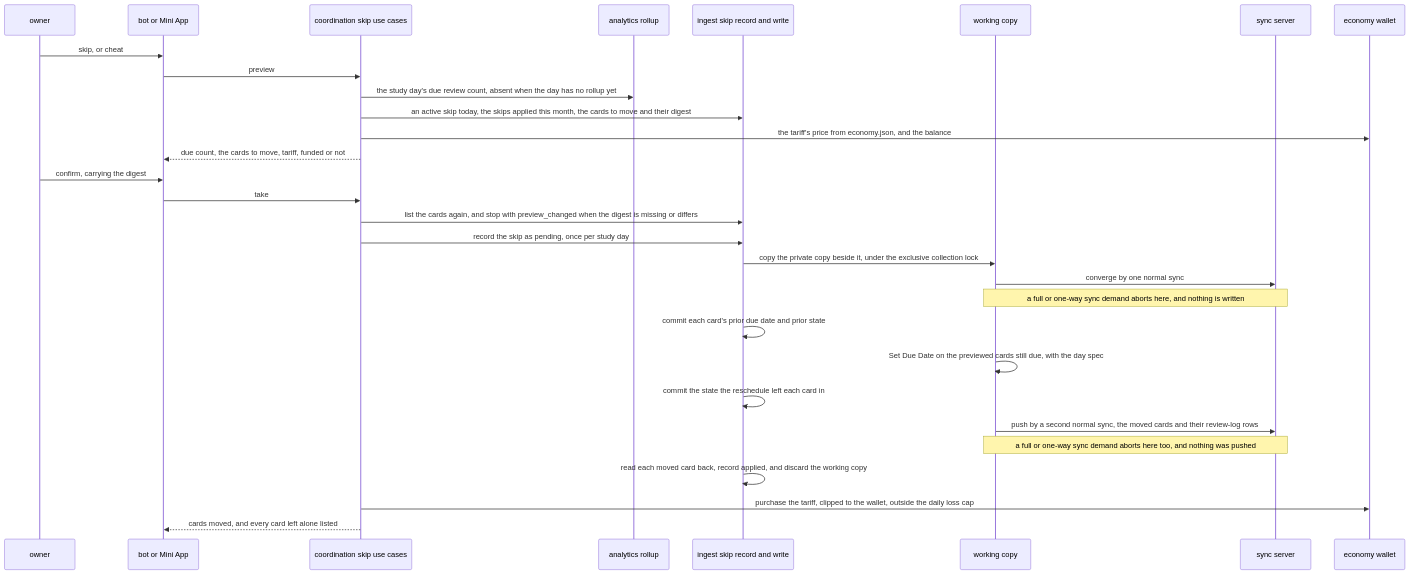
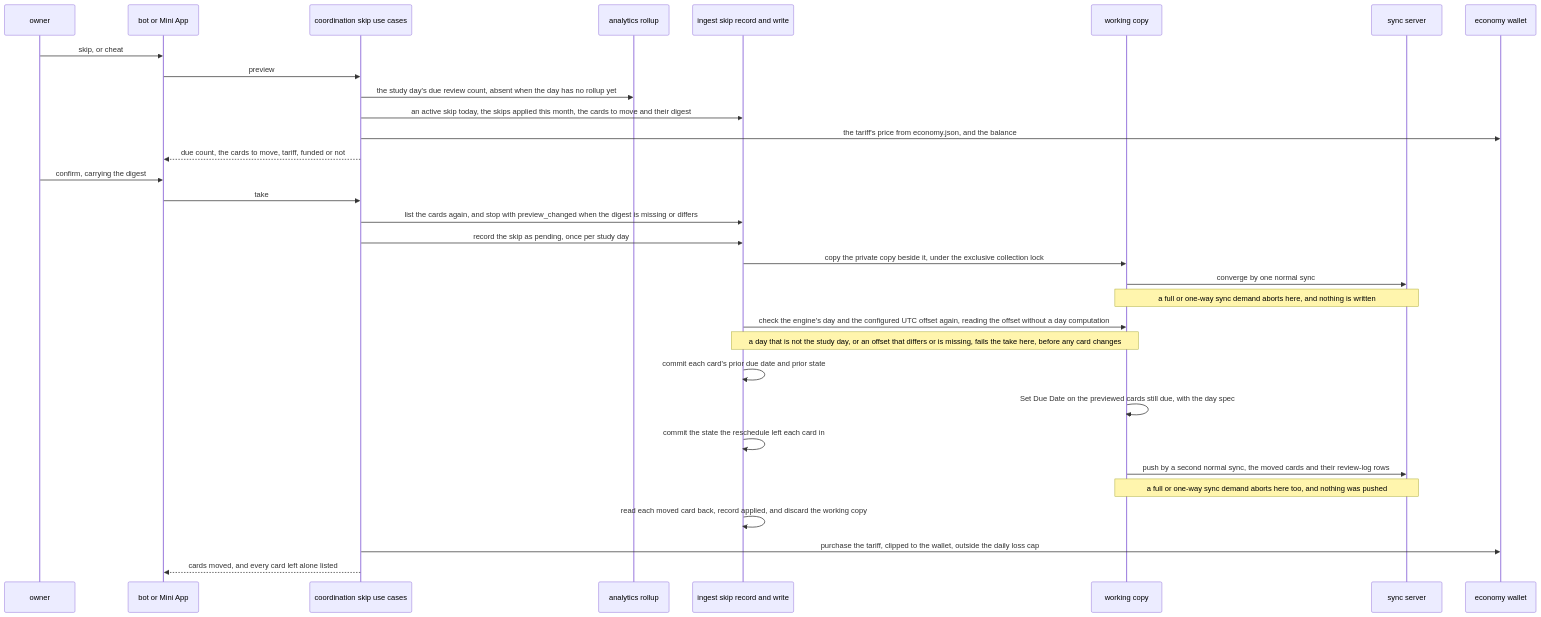
The first of 4 diagrams in docs/schematics/skip-day-record-and-effects.md (RexRenatus/deck-streak), drawn with Mermaid before and after one commit. The commit also changed other lines of this file, not shown here.

Commit message:
docs(schematic): show the undo's checks, pending refusal and read-back

````diff
--- a/docs/schematics/skip-day-record-and-effects.md
+++ b/docs/schematics/skip-day-record-and-effects.md
@@ -17,32 +17,34 @@
 ```mermaid
 sequenceDiagram
   participant O as owner
   participant S as bot or Mini App
   participant C as coordination skip use cases
   participant A as analytics rollup
   participant I as ingest skip record and write
   participant W as working copy
   participant V as sync server
   participant E as economy wallet
   O->>S: skip, or cheat
   S->>C: preview
   C->>A: the study day's due review count, absent when the day has no rollup yet
   C->>I: an active skip today, the skips applied this month, the cards to move and their digest
   C->>E: the tariff's price from economy.json, and the balance
   C-->>S: due count, the cards to move, tariff, funded or not
   O->>S: confirm, carrying the digest
   S->>C: take
   C->>I: list the cards again, and stop with preview_changed when the digest is missing or differs
   C->>I: record the skip as pending, once per study day
   I->>W: copy the private copy beside it, under the exclusive collection lock
   W->>V: converge by one normal sync
   Note over W,V: a full or one-way sync demand aborts here, and nothing is written
+  I->>W: check the engine's day and the configured UTC offset again, reading the offset without a day computation
+  Note over I,W: a day that is not the study day, or an offset that differs or is missing, fails the take here, before any card changes
   I->>I: commit each card's prior due date and prior state
   W->>W: Set Due Date on the previewed cards still due, with the day spec
   I->>I: commit the state the reschedule left each card in
   W->>V: push by a second normal sync, the moved cards and their review-log rows
   Note over W,V: a full or one-way sync demand aborts here too, and nothing was pushed
   I->>I: read each moved card back, record applied, and discard the working copy
   C->>E: purchase the tariff, clipped to the wallet, outside the daily loss cap
   C-->>S: cards moved, and every card left alone listed
 ```
````
